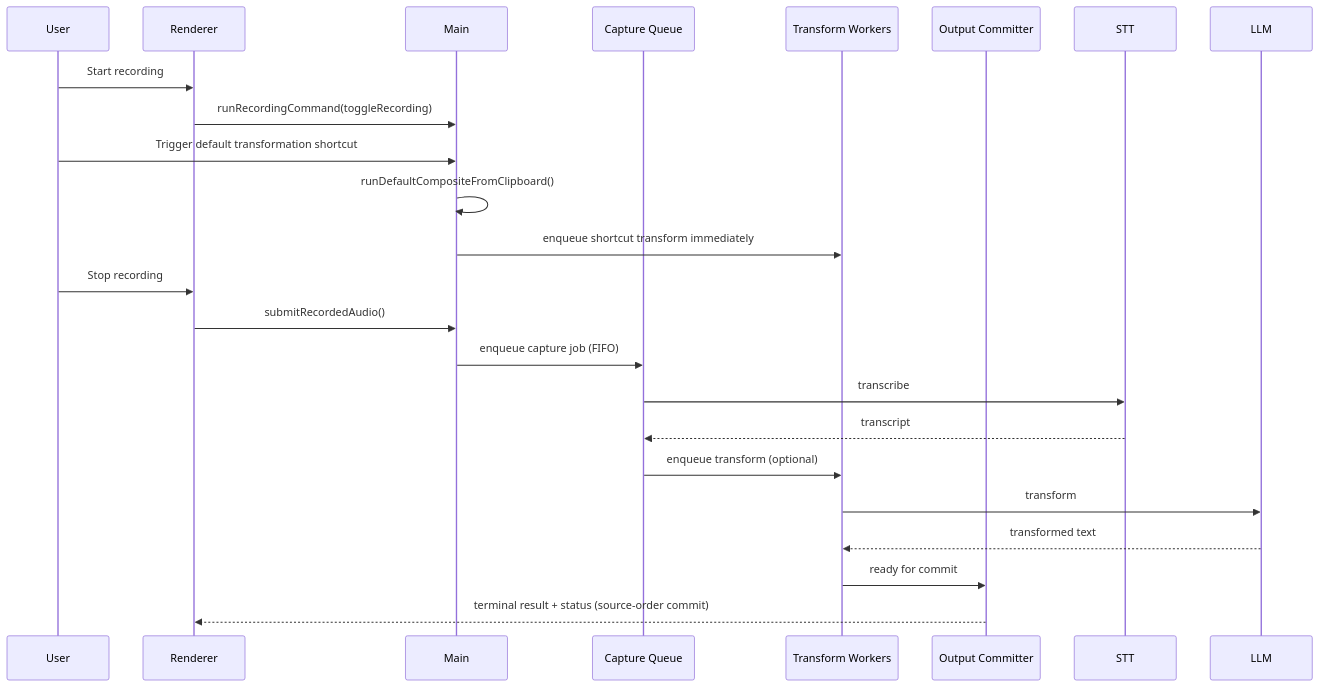
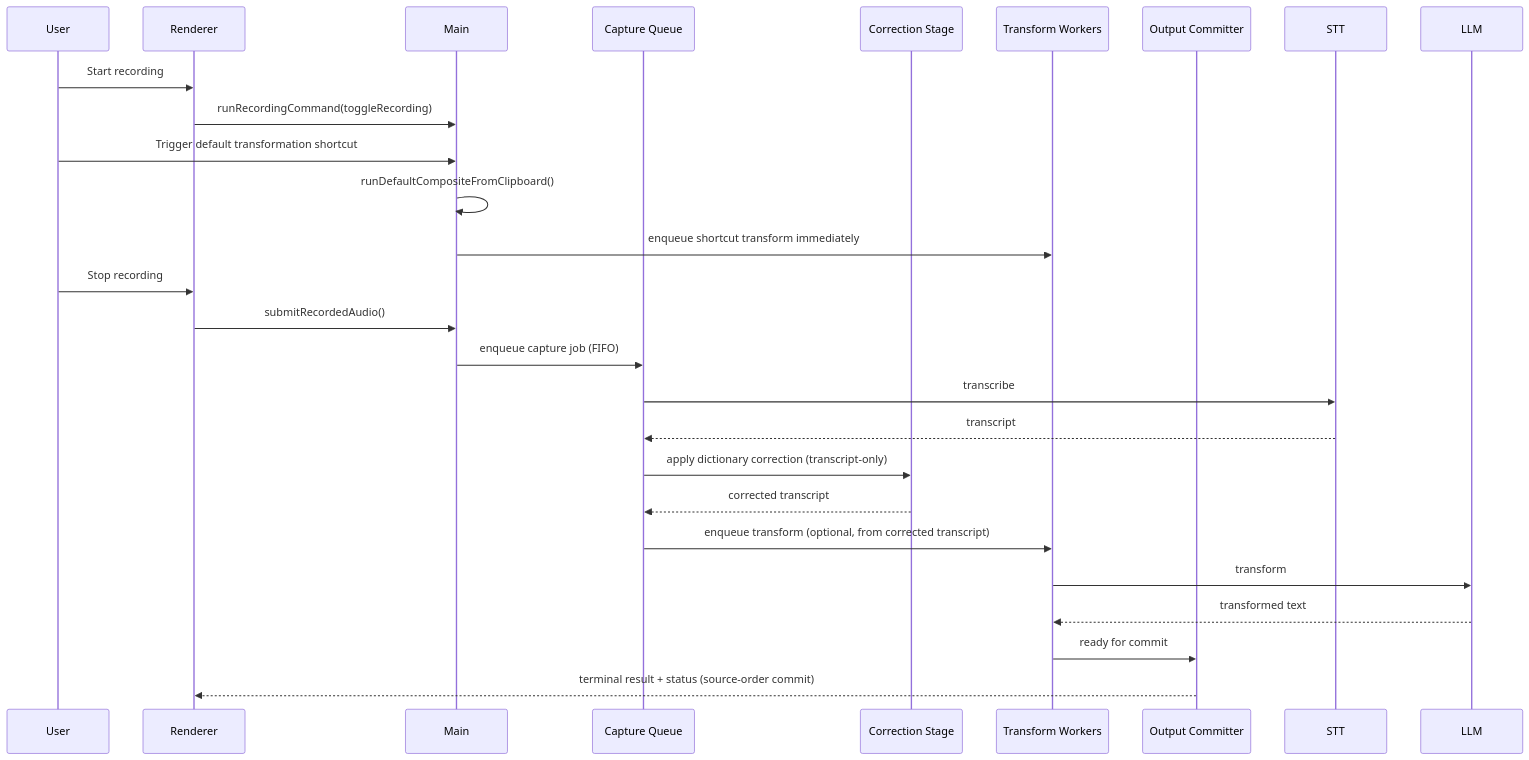
One commit to massun-onibakuchi/speech-to-text-app changed the fifth of 8 diagrams in specs/spec.md. Above: the diagram before and after it, drawn with Mermaid. The commit also changed other lines of this file and 1 other file, not shown here.

Commit message:
spec: define user dictionary contract and STT hint mapping

````diff
--- a/specs/spec.md
+++ b/specs/spec.md
@@ -550,27 +612,30 @@
 ```mermaid
 sequenceDiagram
   participant U as User
   participant R as Renderer
   participant M as Main
   participant CQ as Capture Queue
+  participant C as Correction Stage
   participant TW as Transform Workers
   participant OC as Output Committer
   participant S as STT
   participant L as LLM
 
   U->>R: Start recording
   R->>M: runRecordingCommand(toggleRecording)
   U->>M: Trigger default transformation shortcut
   M->>M: runDefaultCompositeFromClipboard()
   M->>TW: enqueue shortcut transform immediately
   U->>R: Stop recording
   R->>M: submitRecordedAudio()
   M->>CQ: enqueue capture job (FIFO)
   CQ->>S: transcribe
   S-->>CQ: transcript
-  CQ->>TW: enqueue transform (optional)
+  CQ->>C: apply dictionary correction (transcript-only)
+  C-->>CQ: corrected transcript
+  CQ->>TW: enqueue transform (optional, from corrected transcript)
   TW->>L: transform
   L-->>TW: transformed text
   TW->>OC: ready for commit
   OC-->>R: terminal result + status (source-order commit)
 ```
````
